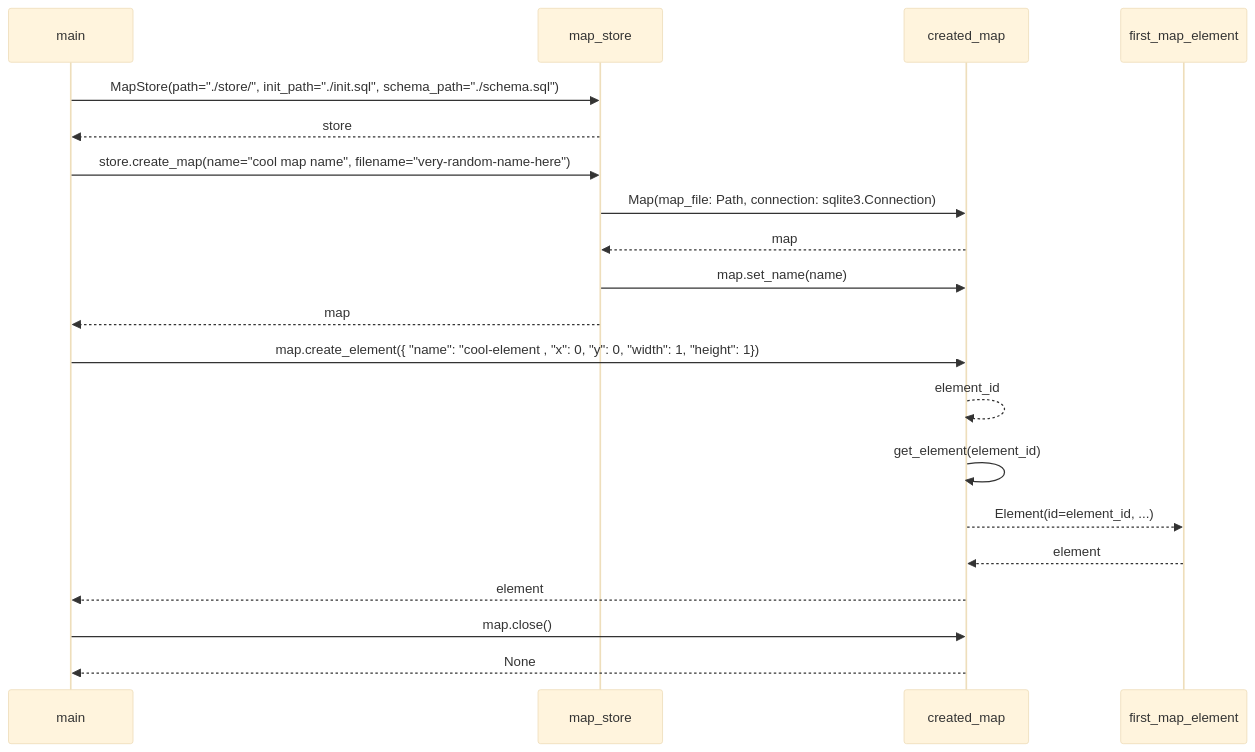
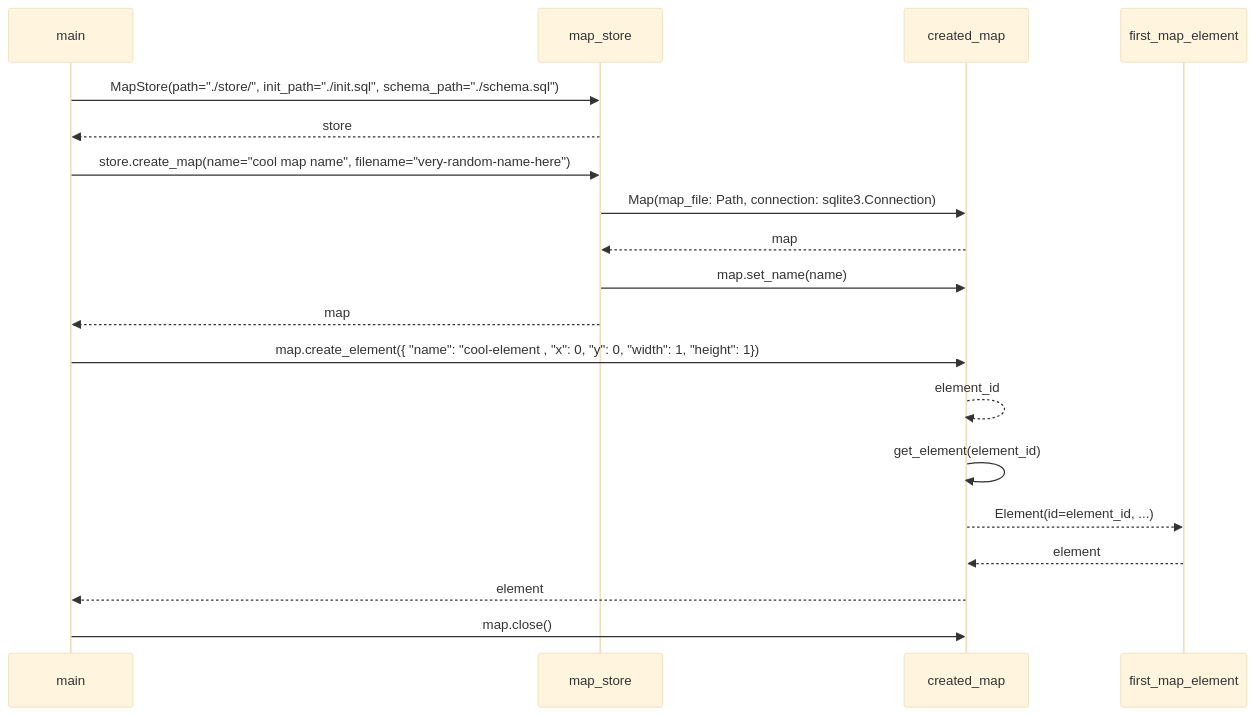
Before and after one commit to Esinko/hy-ot-harjoitustyo: the fourth of 4 diagrams in dokumentaatio/arkkitehtuuri.md, drawn with Mermaid (base theme). The commit also changed other lines of this file and 7 other files, not shown here.

````diff
--- a/dokumentaatio/arkkitehtuuri.md
+++ b/dokumentaatio/arkkitehtuuri.md
@@ -136,30 +143,28 @@
 ```mermaid
 sequenceDiagram
     %% Add columns
     participant main
     participant map_store
     participant created_map
     participant first_map_element
 
     %% Create map
     main->>map_store: MapStore(path="./store/", init_path="./init.sql", schema_path="./schema.sql")
     map_store-->>main: store
     main->>map_store: store.create_map(name="cool map name", filename="very-random-name-here")
     map_store->>created_map: Map(map_file: Path, connection: sqlite3.Connection)
     created_map-->>map_store: map
     map_store->>created_map: map.set_name(name)
     map_store-->>main: map
 
     %% Add element
     main->>created_map: map.create_element({ "name": "cool-element , "x": 0, "y": 0, "width": 1, "height": 1})
     created_map-->>created_map: element_id
     created_map->>created_map: get_element(element_id)
     created_map-->>first_map_element: Element(id=element_id, ...)
     first_map_element-->>created_map: element
     created_map-->>main: element
 
     %% Close
     main->>created_map: map.close()
-    created_map-->>main: None
-
 ```
````
